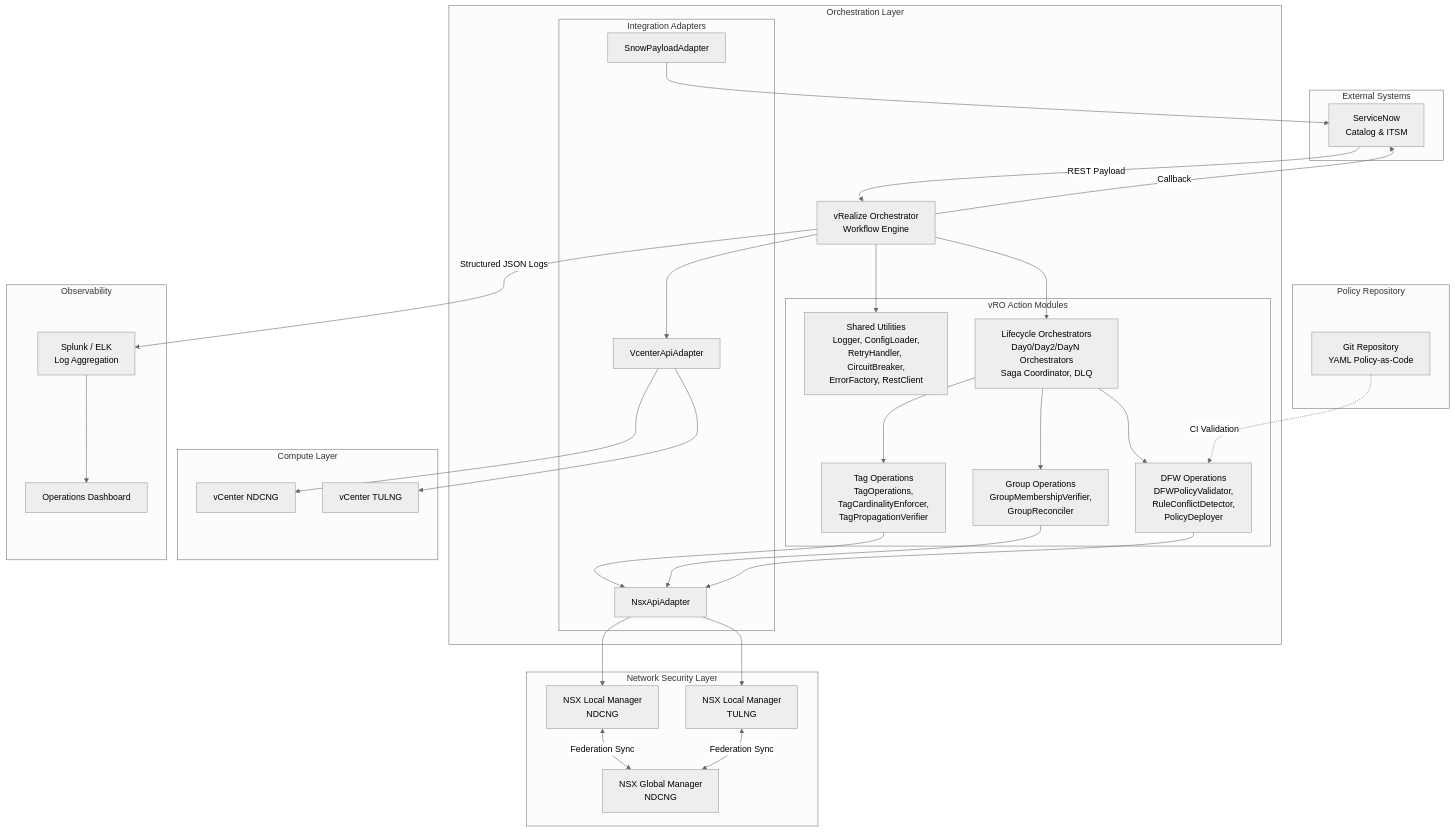
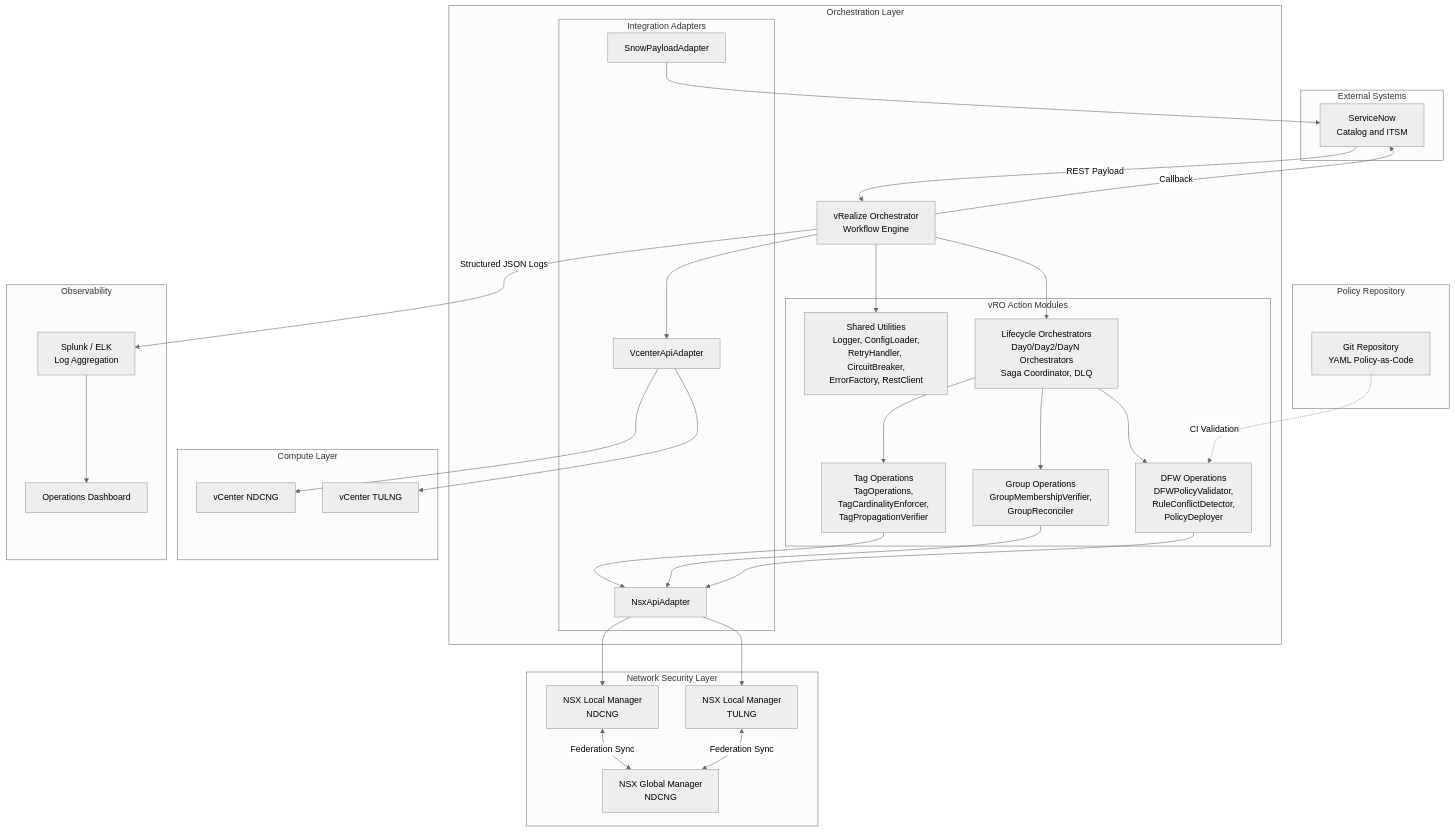
The first of 15 diagrams in docs/HLD.md (srikanth-nalam/dfw-automation-pipeline), drawn with Mermaid (neutral theme) before and after one commit. The commit also changed other lines of this file and 12 other files, not shown here.

First line of the commit message:
fix: resolve Mermaid diagram rendering issues across all docs

````diff
--- a/docs/HLD.md
+++ b/docs/HLD.md
@@ -41,64 +41,64 @@
 ```mermaid
 graph TB
     subgraph External ["External Systems"]
-        SNOW["ServiceNow\nCatalog & ITSM"]
+        SNOW["ServiceNow\nCatalog and ITSM"]
     end
 
     subgraph Orchestration ["Orchestration Layer"]
         VRO["vRealize Orchestrator\nWorkflow Engine"]
         subgraph Actions ["vRO Action Modules"]
             SHARED["Shared Utilities\nLogger, ConfigLoader,\nRetryHandler, CircuitBreaker,\nErrorFactory, RestClient"]
             TAGS["Tag Operations\nTagOperations,\nTagCardinalityEnforcer,\nTagPropagationVerifier"]
             GROUPS["Group Operations\nGroupMembershipVerifier,\nGroupReconciler"]
             DFW["DFW Operations\nDFWPolicyValidator,\nRuleConflictDetector,\nPolicyDeployer"]
             LIFE["Lifecycle Orchestrators\nDay0/Day2/DayN Orchestrators\nSaga Coordinator, DLQ"]
         end
         subgraph Adapters ["Integration Adapters"]
             NSXA["NsxApiAdapter"]
             VCA["VcenterApiAdapter"]
             SNA["SnowPayloadAdapter"]
         end
     end
 
     subgraph Compute ["Compute Layer"]
         VC_NDC["vCenter NDCNG"]
         VC_TUL["vCenter TULNG"]
     end
 
     subgraph Security ["Network Security Layer"]
         NSX_NDC["NSX Local Manager\nNDCNG"]
         NSX_TUL["NSX Local Manager\nTULNG"]
         NSX_GM["NSX Global Manager\nNDCNG"]
     end
 
     subgraph PolicyRepo ["Policy Repository"]
         GIT["Git Repository\nYAML Policy-as-Code"]
     end
 
     subgraph Monitoring ["Observability"]
         SPLUNK["Splunk / ELK\nLog Aggregation"]
         DASH["Operations Dashboard"]
     end
 
     SNOW -->|REST Payload| VRO
     VRO -->|Callback| SNOW
     VRO --> SHARED
     VRO --> LIFE
     LIFE --> TAGS
     LIFE --> GROUPS
     LIFE --> DFW
     TAGS --> NSXA
     GROUPS --> NSXA
     DFW --> NSXA
     VRO --> VCA
     NSXA --> NSX_NDC
     NSXA --> NSX_TUL
     VCA --> VC_NDC
     VCA --> VC_TUL
     SNA --> SNOW
     NSX_NDC <-->|Federation Sync| NSX_GM
     NSX_TUL <-->|Federation Sync| NSX_GM
     GIT -.->|CI Validation| DFW
     VRO -->|Structured JSON Logs| SPLUNK
     SPLUNK --> DASH
 ```
````
